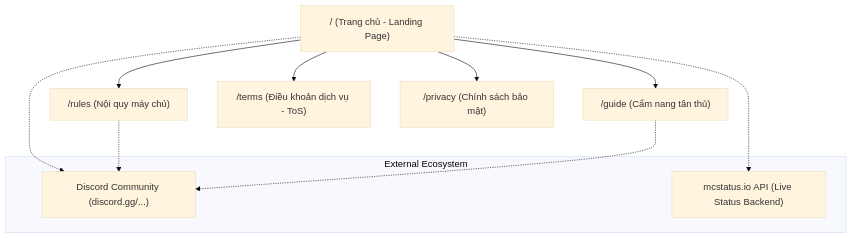
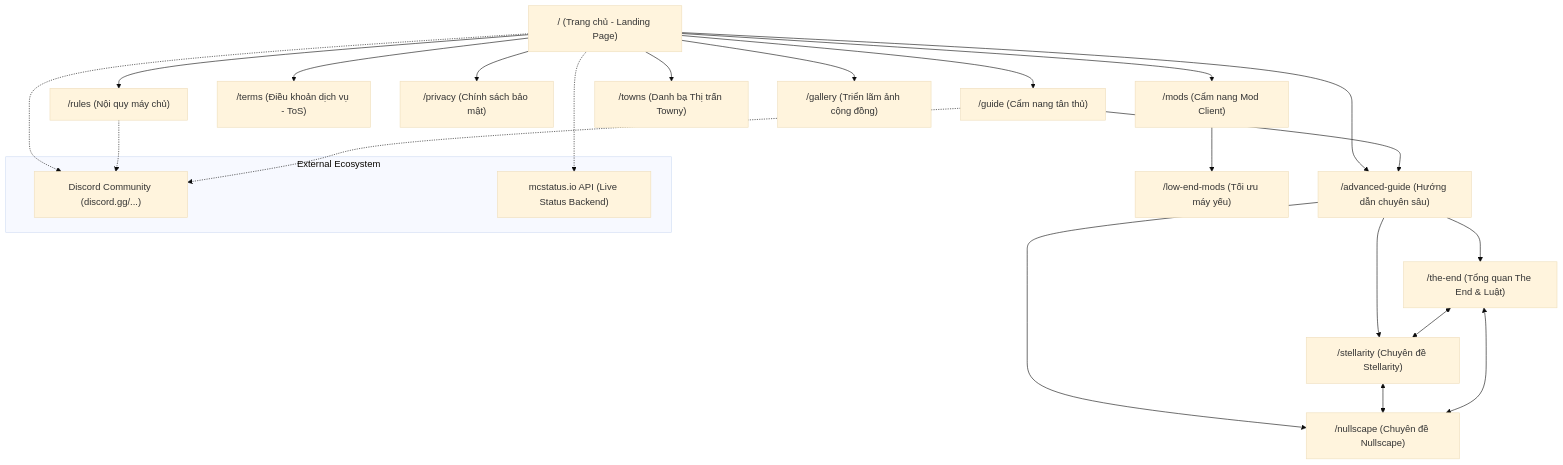
Before and after one commit to ItzTheChallenger312A/LunarChill.Club-Website: the diagram in docs/01 - Research/Sitemap.md, drawn with Mermaid (base theme). The commit also changed other lines of this file and 19 other files, not shown here.

````diff
--- a/docs/01 - Research/Sitemap.md
+++ b/docs/01 - Research/Sitemap.md
@@ -17,17 +17,32 @@
 ```mermaid
 graph TD
     A["/ (Trang chủ - Landing Page)"] --> B["/rules (Nội quy máy chủ)"]
     A --> C["/guide (Cẩm nang tân thủ)"]
     A --> D["/terms (Điều khoản dịch vụ - ToS)"]
     A --> E["/privacy (Chính sách bảo mật)"]
+    A --> F["/advanced-guide (Hướng dẫn chuyên sâu)"]
+    A --> G["/mods (Cẩm nang Mod Client)"]
+    A --> H["/towns (Danh bạ Thị trấn Towny)"]
+    A --> I["/gallery (Triển lãm ảnh cộng đồng)"]
+    
+    C --> F
+    F --> END["/the-end (Tổng quan The End & Luật)"]
+    F --> STL["/stellarity (Chuyên đề Stellarity)"]
+    F --> NLS["/nullscape (Chuyên đề Nullscape)"]
+
+    END <--> STL
+    STL <--> NLS
+    NLS <--> END
+
+    G --> LOW["/low-end-mods (Tối ưu máy yếu)"]
 
     subgraph "External Ecosystem"
         Discord["Discord Community (discord.gg/...)"]
         ServerStatus["mcstatus.io API (Live Status Backend)"]
     end
 
     A -.-> Discord
     A -.-> ServerStatus
     B -.-> Discord
     C -.-> Discord
 ```
````
